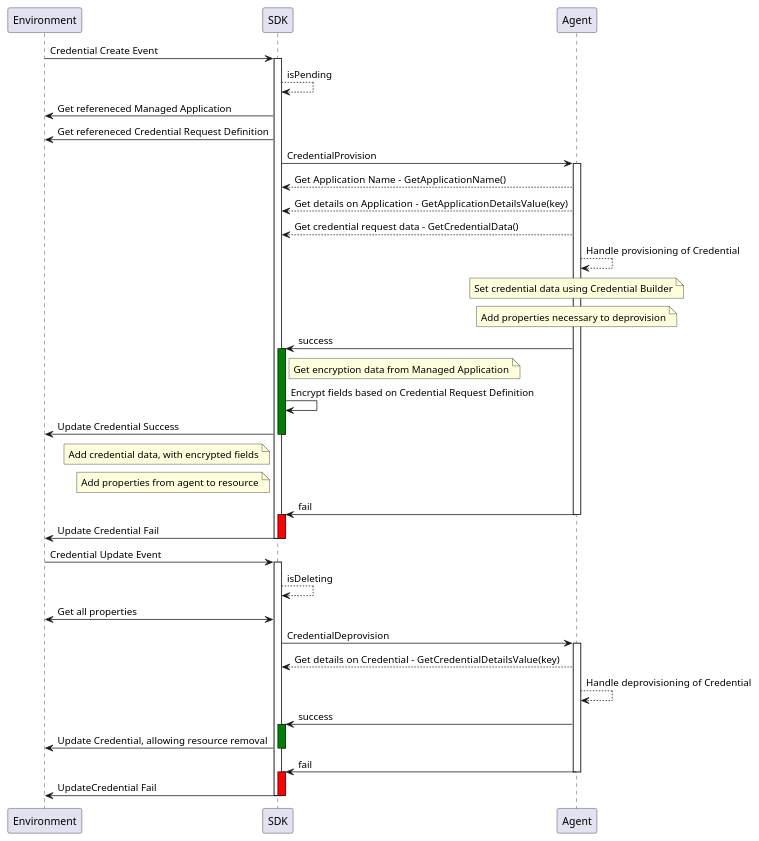
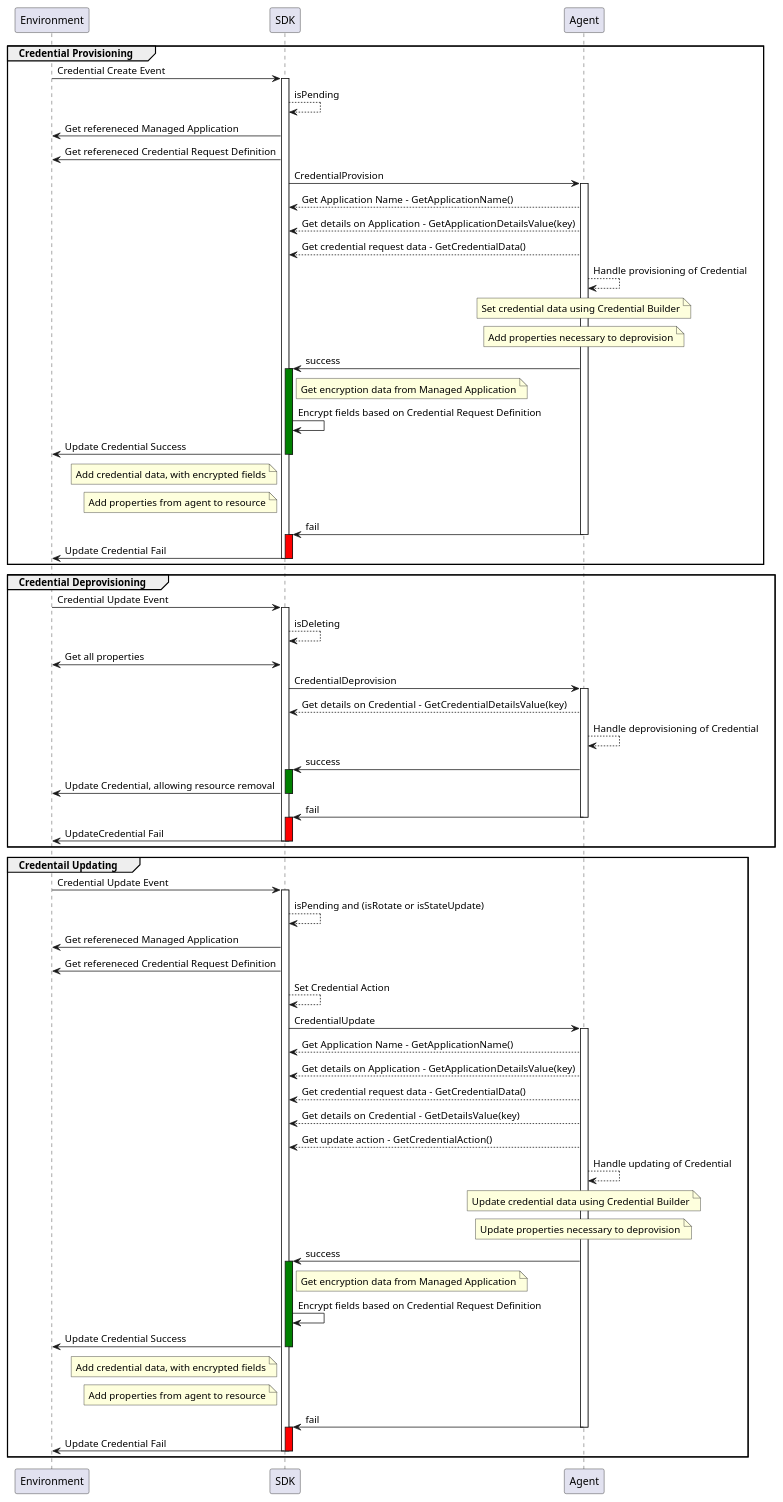
The diagram in docs/discovery/credential.puml (Axway/agent-sdk), drawn with PlantUML before and after one commit. The commit also changed 2 other files, not shown here.

Commit message:
APIGOV-23492 - update teh docs for cred provisioning

```diff
--- a/docs/discovery/credential.puml
+++ b/docs/discovery/credential.puml
@@ -1,70 +1,113 @@
 @startuml
 participant Environment as env
 participant SDK as sdk 
 participant Agent as agent
 
 'Provision Credential
-
+group Credential Provisioning
 env -> sdk: Credential Create Event
 activate sdk
 sdk --> sdk: isPending
 sdk -> env: Get refereneced Managed Application
 sdk -> env: Get refereneced Credential Request Definition
 
 sdk -> agent: CredentialProvision
 activate agent
 
 agent --> sdk: Get Application Name  - GetApplicationName()
 agent --> sdk: Get details on Application  - GetApplicationDetailsValue(key)
 agent --> sdk: Get credential request data - GetCredentialData()
 agent --> agent: Handle provisioning of Credential
 note over agent: Set credential data using Credential Builder
 note over agent: Add properties necessary to deprovision
 
 agent -> sdk: success
 activate sdk #green
 note right sdk: Get encryption data from Managed Application
 sdk -> sdk: Encrypt fields based on Credential Request Definition
 
 sdk -> env: Update Credential Success
 deactivate sdk
 note left sdk: Add credential data, with encrypted fields
 note left sdk: Add properties from agent to resource
 
 agent -> sdk: fail
 deactivate agent
 activate sdk #red
 
 sdk -> env: Update Credential Fail
 deactivate sdk
 
 deactivate sdk
+end
 
 'Deprovision Credential
-
+group Credential Deprovisioning
 env -> sdk: Credential Update Event
 activate sdk
 sdk --> sdk: isDeleting
 sdk <-> env: Get all properties
 
 sdk -> agent: CredentialDeprovision
 activate agent
 
 agent --> sdk: Get details on Credential  - GetCredentialDetailsValue(key)
 agent --> agent: Handle deprovisioning of Credential
 
 agent -> sdk: success
 activate sdk #green
 
 sdk -> env: Update Credential, allowing resource removal
 deactivate sdk
 
 agent -> sdk: fail
 deactivate agent
 activate sdk #red
 
 sdk -> env: UpdateCredential Fail
 deactivate sdk
 
 deactivate sdk
+end
+
+'Update Credential
+group Credentail Updating
+env -> sdk: Credential Update Event
+activate sdk
+sdk --> sdk: isPending and (isRotate or isStateUpdate)
+sdk -> env: Get refereneced Managed Application
+sdk -> env: Get refereneced Credential Request Definition
+sdk --> sdk: Set Credential Action
+
+sdk -> agent: CredentialUpdate
+activate agent
+
+agent --> sdk: Get Application Name  - GetApplicationName()
+agent --> sdk: Get details on Application  - GetApplicationDetailsValue(key)
+agent --> sdk: Get credential request data - GetCredentialData()
+agent --> sdk: Get details on Credential  - GetDetailsValue(key)
+agent --> sdk: Get update action  - GetCredentialAction()
+agent --> agent: Handle updating of Credential
+note over agent: Update credential data using Credential Builder
+note over agent: Update properties necessary to deprovision
+
+agent -> sdk: success
+activate sdk #green
+note right sdk: Get encryption data from Managed Application
+sdk -> sdk: Encrypt fields based on Credential Request Definition
+
+sdk -> env: Update Credential Success
+deactivate sdk
+note left sdk: Add credential data, with encrypted fields
+note left sdk: Add properties from agent to resource
+
+agent -> sdk: fail
+deactivate agent
+activate sdk #red
+
+sdk -> env: Update Credential Fail
+deactivate sdk
+
+deactivate sdk
+end
 @enduml
```
